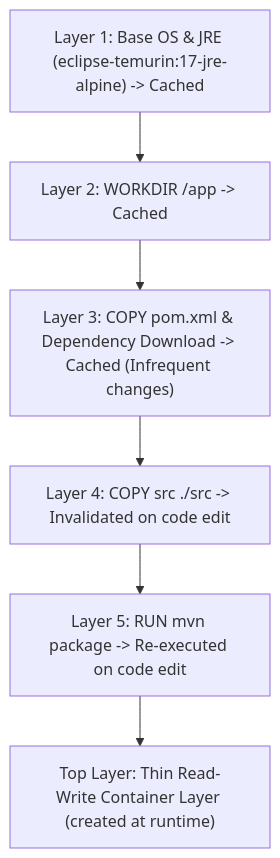
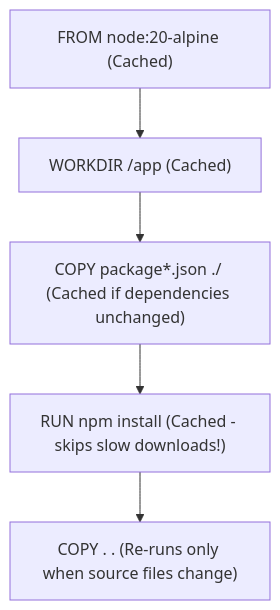
Diagram 11 of 14 in 07-Backend-Engineering/Docker.md (rohithgowda18/Notes), drawn with Mermaid before and after one commit. The commit also changed other lines of this file, not shown here.

````diff
--- a/07-Backend-Engineering/Docker.md
+++ b/07-Backend-Engineering/Docker.md
@@ -430,11 +387,7 @@
 ```mermaid
 flowchart TD
-    L1["Layer 1: Base OS & JRE (eclipse-temurin:17-jre-alpine) -> Cached"]
-    L2["Layer 2: WORKDIR /app -> Cached"]
-    L3["Layer 3: COPY pom.xml & Dependency Download -> Cached (Infrequent changes)"]
-    L4["Layer 4: COPY src ./src -> Invalidated on code edit"]
-    L5["Layer 5: RUN mvn package -> Re-executed on code edit"]
-    L6["Top Layer: Thin Read-Write Container Layer (created at runtime)"]
-
-    L1 --> L2 --> L3 --> L4 --> L5 --> L6
+    L1["FROM node:20-alpine (Cached)"] --> L2["WORKDIR /app (Cached)"]
+    L2 --> L3["COPY package*.json ./ (Cached if dependencies unchanged)"]
+    L3 --> L4["RUN npm install (Cached - skips slow downloads!)"]
+    L4 --> L5["COPY . . (Re-runs only when source files change)"]
 ```
````
